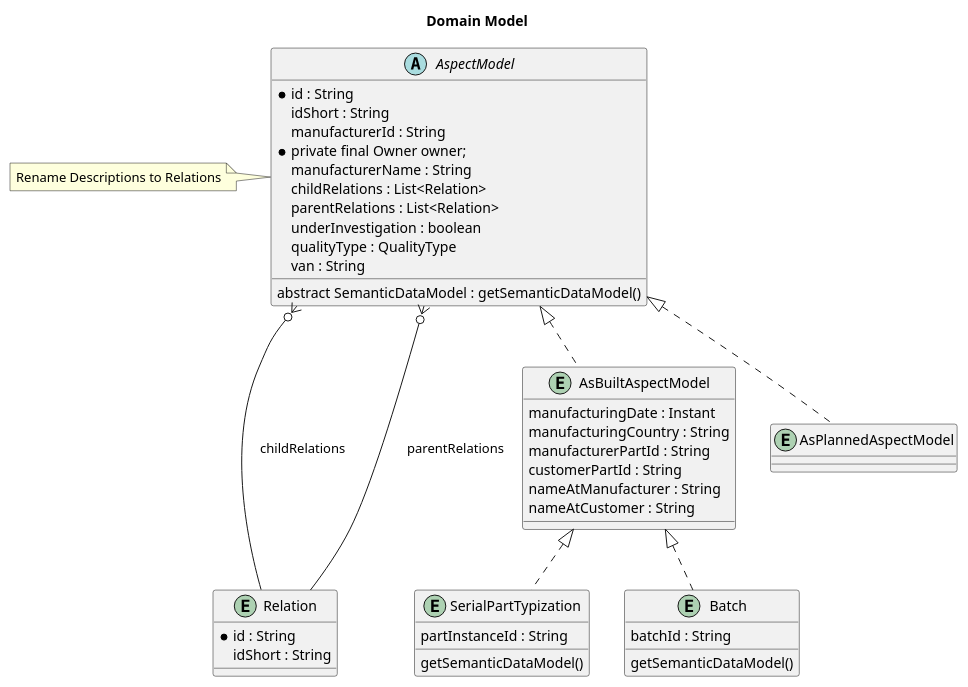
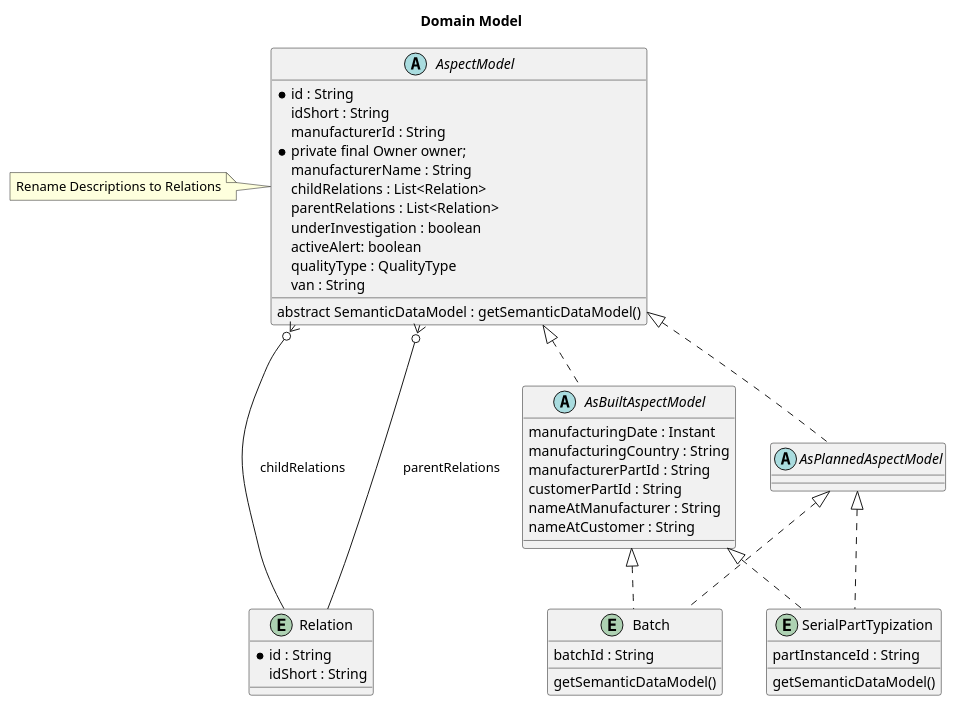
One commit to eclipse-tractusx/traceability-foss changed the diagram in docs/src/uml-diagrams/concept/TRACEFOSS-1423/domain-model.puml. Above: the diagram before and after it, drawn with PlantUML.

Commit message:
chore(uml):[TRACEFOSS-1423] update to as planned

```diff
--- a/docs/src/uml-diagrams/concept/TRACEFOSS-1423/domain-model.puml
+++ b/docs/src/uml-diagrams/concept/TRACEFOSS-1423/domain-model.puml
@@ -1,59 +1,64 @@
 @startuml
 
 title: Domain Model
+
 
 abstract AspectModel {
         *   id : String
         idShort : String
         manufacturerId : String
         * private final Owner owner;
         manufacturerName : String
         childRelations : List<Relation>
         parentRelations : List<Relation>
         underInvestigation : boolean
+        activeAlert: boolean 
         qualityType : QualityType
         van : String
         abstract SemanticDataModel : getSemanticDataModel()
 }
 note left
     Rename Descriptions to Relations
 end note
 
 
 entity Relation {
        *   id : String
        idShort : String
 }
 
 
-entity AsBuiltAspectModel {
+abstract AsBuiltAspectModel {
         manufacturingDate : Instant
         manufacturingCountry : String
         manufacturerPartId : String
         customerPartId : String
         nameAtManufacturer : String
         nameAtCustomer : String
 }
 
 entity SerialPartTypization {
      partInstanceId : String
-      getSemanticDataModel()
+     getSemanticDataModel()
 }
 
 entity Batch {
      batchId : String
-      getSemanticDataModel()
+     getSemanticDataModel()
 }
 
-entity AsPlannedAspectModel {
+abstract AsPlannedAspectModel {
 
 }
+
 
 AspectModel <|.. AsBuiltAspectModel
 AspectModel <|.. AsPlannedAspectModel
 AsBuiltAspectModel <|.. Batch
 AsBuiltAspectModel <|.. SerialPartTypization
+AsPlannedAspectModel <|.. Batch
+AsPlannedAspectModel <|.. SerialPartTypization
 AspectModel }o--- Relation : childRelations
 AspectModel }o---  Relation : parentRelations
 
 @enduml
```
